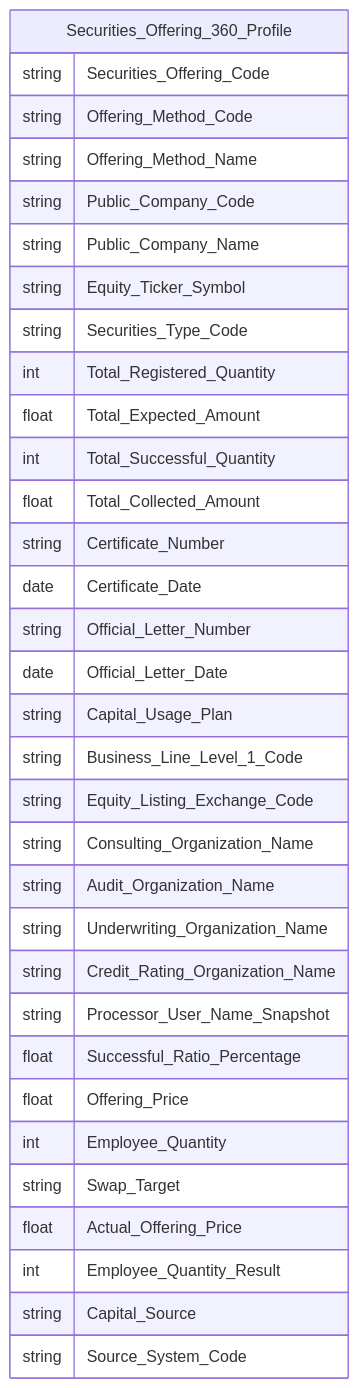
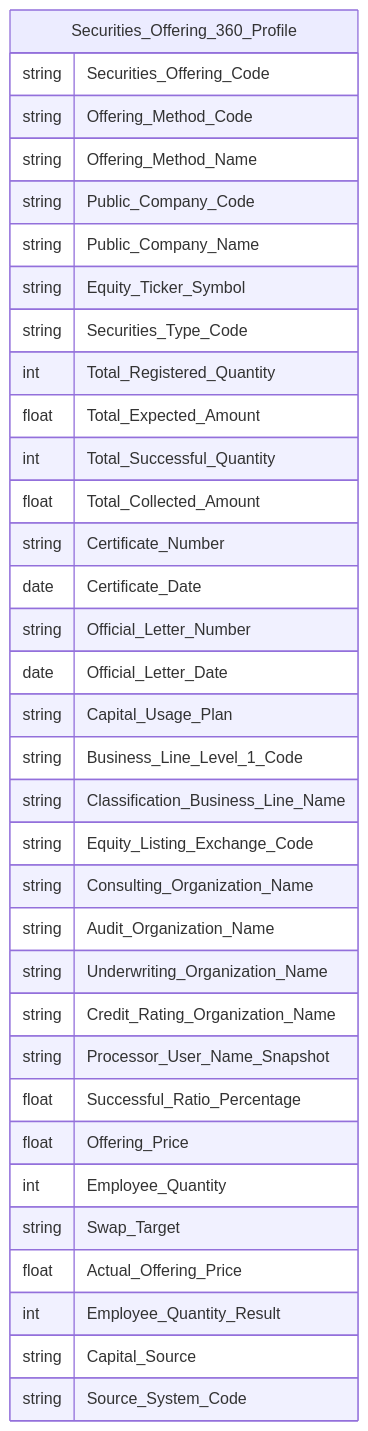
Before and after one commit to linhlvit/ubck_atomic_design: diagram 12 of 22 in Datamart/hld/DTM_QLCB_HLD.md, drawn with Mermaid. The commit also changed other lines of this file and 1 other file, not shown here.

````diff
--- a/Datamart/hld/DTM_QLCB_HLD.md
+++ b/Datamart/hld/DTM_QLCB_HLD.md
@@ -616,36 +616,37 @@
 ```mermaid
 erDiagram
     Securities_Offering_360_Profile {
         string Securities_Offering_Code
         string Offering_Method_Code
         string Offering_Method_Name
         string Public_Company_Code
         string Public_Company_Name
         string Equity_Ticker_Symbol
         string Securities_Type_Code
         int Total_Registered_Quantity
         float Total_Expected_Amount
         int Total_Successful_Quantity
         float Total_Collected_Amount
         string Certificate_Number
         date Certificate_Date
         string Official_Letter_Number
         date Official_Letter_Date
         string Capital_Usage_Plan
         string Business_Line_Level_1_Code
+        string Classification_Business_Line_Name
         string Equity_Listing_Exchange_Code
         string Consulting_Organization_Name
         string Audit_Organization_Name
         string Underwriting_Organization_Name
         string Credit_Rating_Organization_Name
         string Processor_User_Name_Snapshot
         float Successful_Ratio_Percentage
         float Offering_Price
         int Employee_Quantity
         string Swap_Target
         float Actual_Offering_Price
         int Employee_Quantity_Result
         string Capital_Source
         string Source_System_Code
     }
 ```
````
